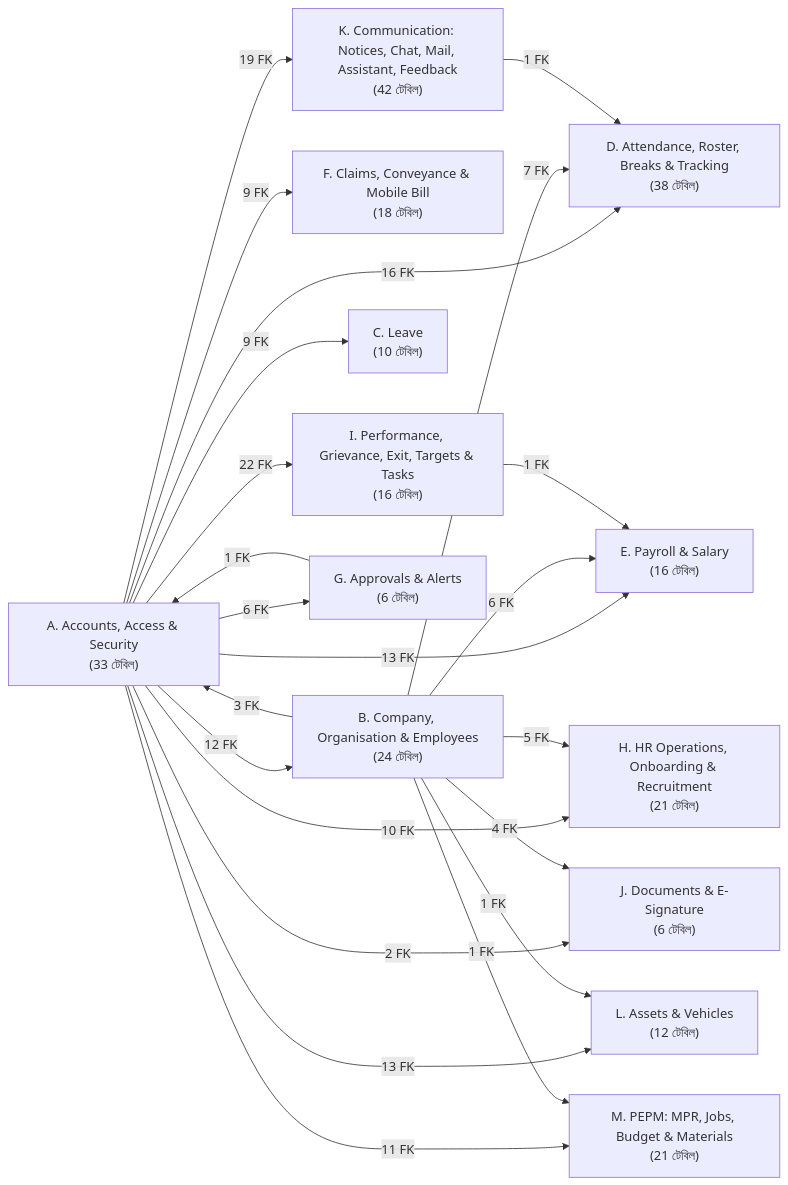
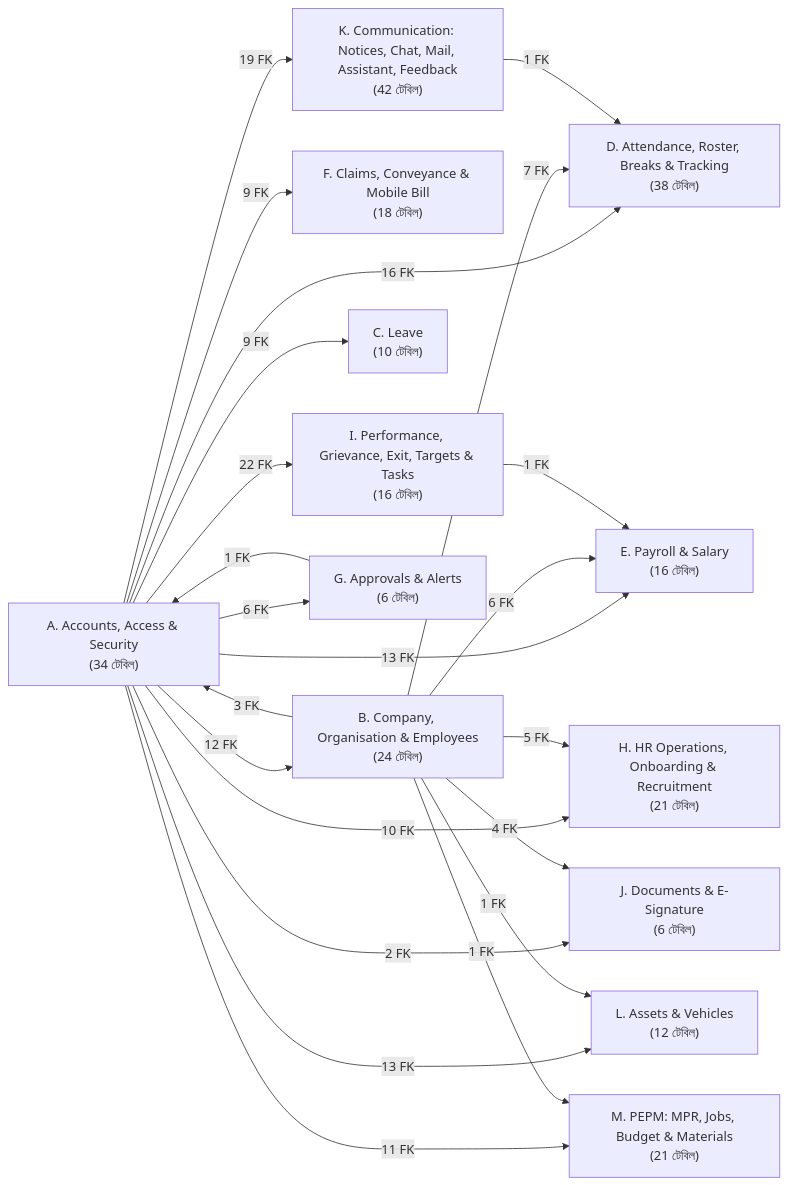
The diagram in docs/architecture/database/diagrams/00-module-map.mmd (ruhulamencredence/CredenceHR), drawn with Mermaid before and after one commit. The commit also changed 26 other files, not shown here.

```diff
--- a/docs/architecture/database/diagrams/00-module-map.mmd
+++ b/docs/architecture/database/diagrams/00-module-map.mmd
@@ -1,36 +1,36 @@
 flowchart LR
   K["K. Communication: Notices, Chat, Mail, Assistant, Feedback<br/>(42 টেবিল)"]
   H["H. HR Operations, Onboarding & Recruitment<br/>(21 টেবিল)"]
   D["D. Attendance, Roster, Breaks & Tracking<br/>(38 টেবিল)"]
-  A["A. Accounts, Access & Security<br/>(33 টেবিল)"]
+  A["A. Accounts, Access & Security<br/>(34 টেবিল)"]
   M["M. PEPM: MPR, Jobs, Budget & Materials<br/>(21 টেবিল)"]
   F["F. Claims, Conveyance & Mobile Bill<br/>(18 টেবিল)"]
   B["B. Company, Organisation & Employees<br/>(24 টেবিল)"]
   C["C. Leave<br/>(10 টেবিল)"]
   L["L. Assets & Vehicles<br/>(12 টেবিল)"]
   J["J. Documents & E-Signature<br/>(6 টেবিল)"]
   E["E. Payroll & Salary<br/>(16 টেবিল)"]
   I["I. Performance, Grievance, Exit, Targets & Tasks<br/>(16 টেবিল)"]
   G["G. Approvals & Alerts<br/>(6 টেবিল)"]
   A -->|12 FK| B
   A -->|9 FK| C
   A -->|16 FK| D
   A -->|13 FK| E
   A -->|9 FK| F
   A -->|6 FK| G
   A -->|10 FK| H
   A -->|22 FK| I
   A -->|2 FK| J
   A -->|19 FK| K
   A -->|13 FK| L
   A -->|11 FK| M
   B -->|3 FK| A
   B -->|7 FK| D
   B -->|6 FK| E
   B -->|5 FK| H
   B -->|4 FK| J
   B -->|1 FK| L
   B -->|1 FK| M
   G -->|1 FK| A
   I -->|1 FK| E
   K -->|1 FK| D
```
